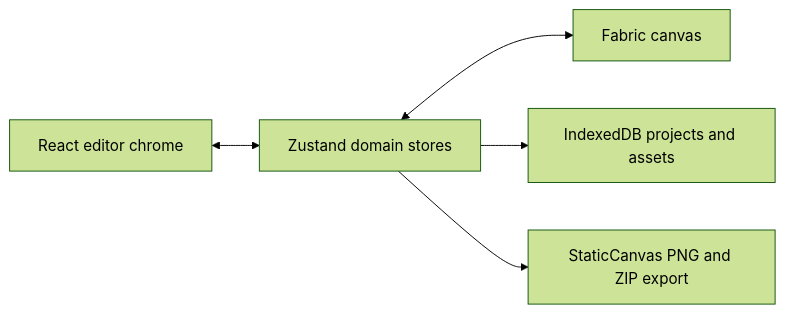
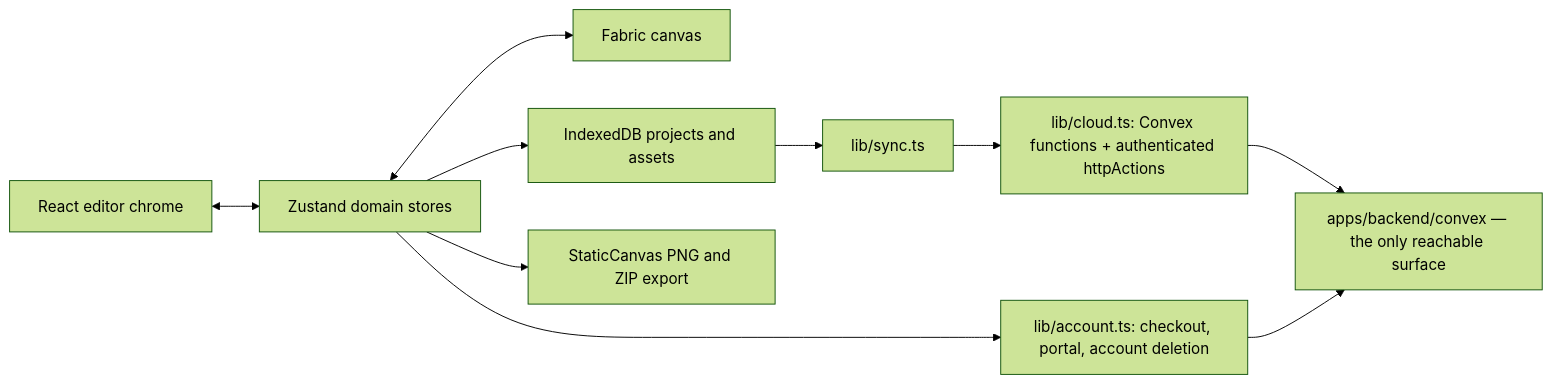
One commit to neogenz/screenforge changed the diagram in aidd_docs/memory/architecture.md. Above: the diagram before and after it, drawn with Mermaid (forest theme). The commit also changed other lines of this file and 656 other files, not shown here.

````diff
--- a/aidd_docs/memory/architecture.md
+++ b/aidd_docs/memory/architecture.md
@@ -11,7 +12,12 @@
 ```mermaid
 flowchart LR
     UI["React editor chrome"] <--> Stores["Zustand domain stores"]
     Stores <--> Canvas["Fabric canvas"]
     Stores --> Storage["IndexedDB projects and assets"]
     Stores --> Export["StaticCanvas PNG and ZIP export"]
+    Storage --> Sync["lib/sync.ts"]
+    Sync --> Cloud["lib/cloud.ts: Convex functions + authenticated httpActions"]
+    Stores --> Account["lib/account.ts: checkout, portal, account deletion"]
+    Cloud --> Convex["apps/backend/convex — the only reachable surface"]
+    Account --> Convex
 ```
````
